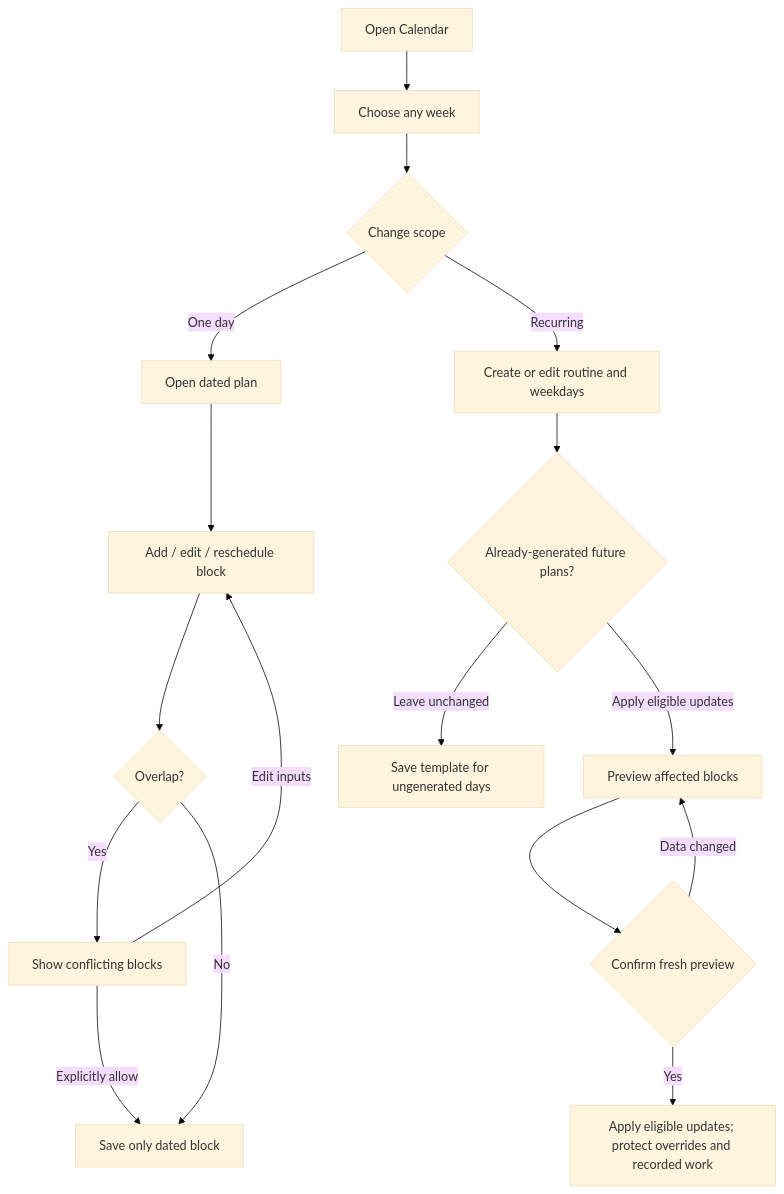
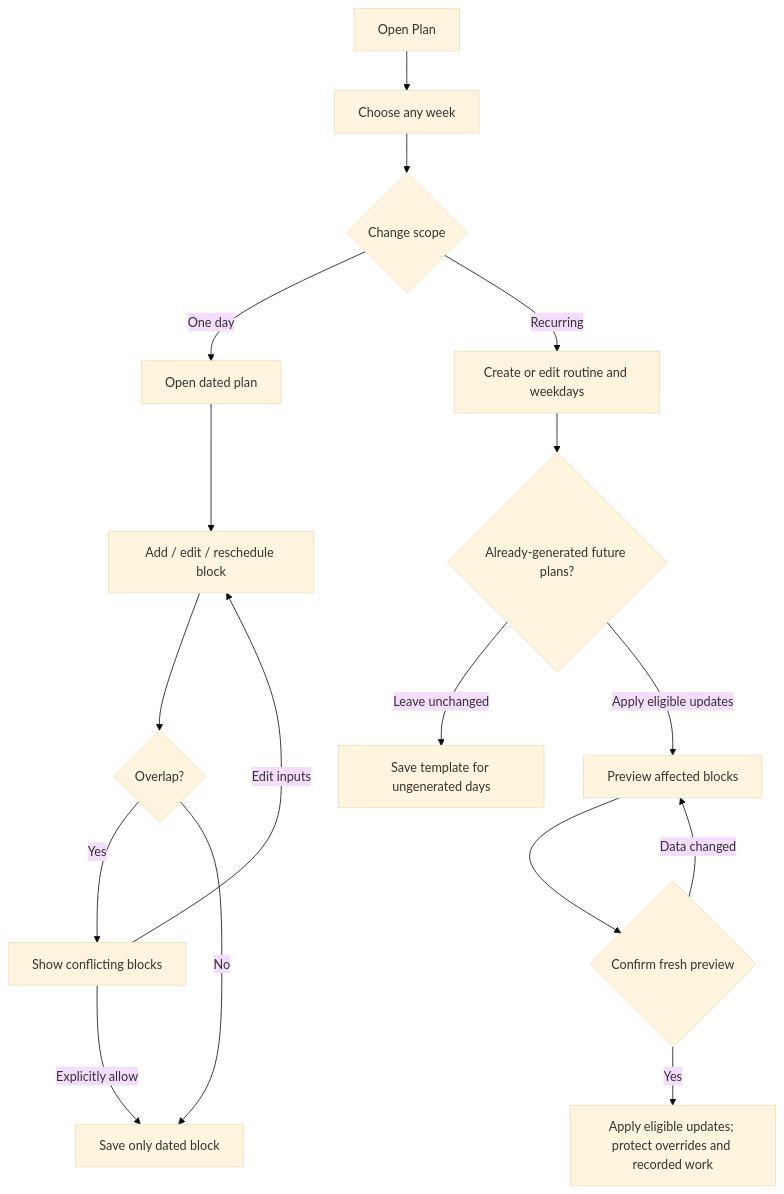
The first of 9 diagrams in docs/product/user-flows.md (Shams261/CareerOs), drawn with Mermaid (base theme) before and after one commit. The commit also changed other lines of this file and 8 other files, not shown here.

````diff
--- a/docs/product/user-flows.md
+++ b/docs/product/user-flows.md
@@ -7,19 +7,19 @@
 ```mermaid
 flowchart TD
-  A[Open Calendar] --> B[Choose any week]
+  A[Open Plan] --> B[Choose any week]
   B --> C{Change scope}
   C -->|One day| D[Open dated plan]
   D --> E[Add / edit / reschedule block]
   E --> F{Overlap?}
   F -->|Yes| G[Show conflicting blocks]
   G -->|Edit inputs| E
   G -->|Explicitly allow| H[Save only dated block]
   F -->|No| H
   C -->|Recurring| I[Create or edit routine and weekdays]
   I --> J{Already-generated future plans?}
   J -->|Leave unchanged| K[Save template for ungenerated days]
   J -->|Apply eligible updates| L[Preview affected blocks]
   L --> M{Confirm fresh preview}
   M -->|Data changed| L
   M -->|Yes| N[Apply eligible updates; protect overrides and recorded work]
 ```
````
